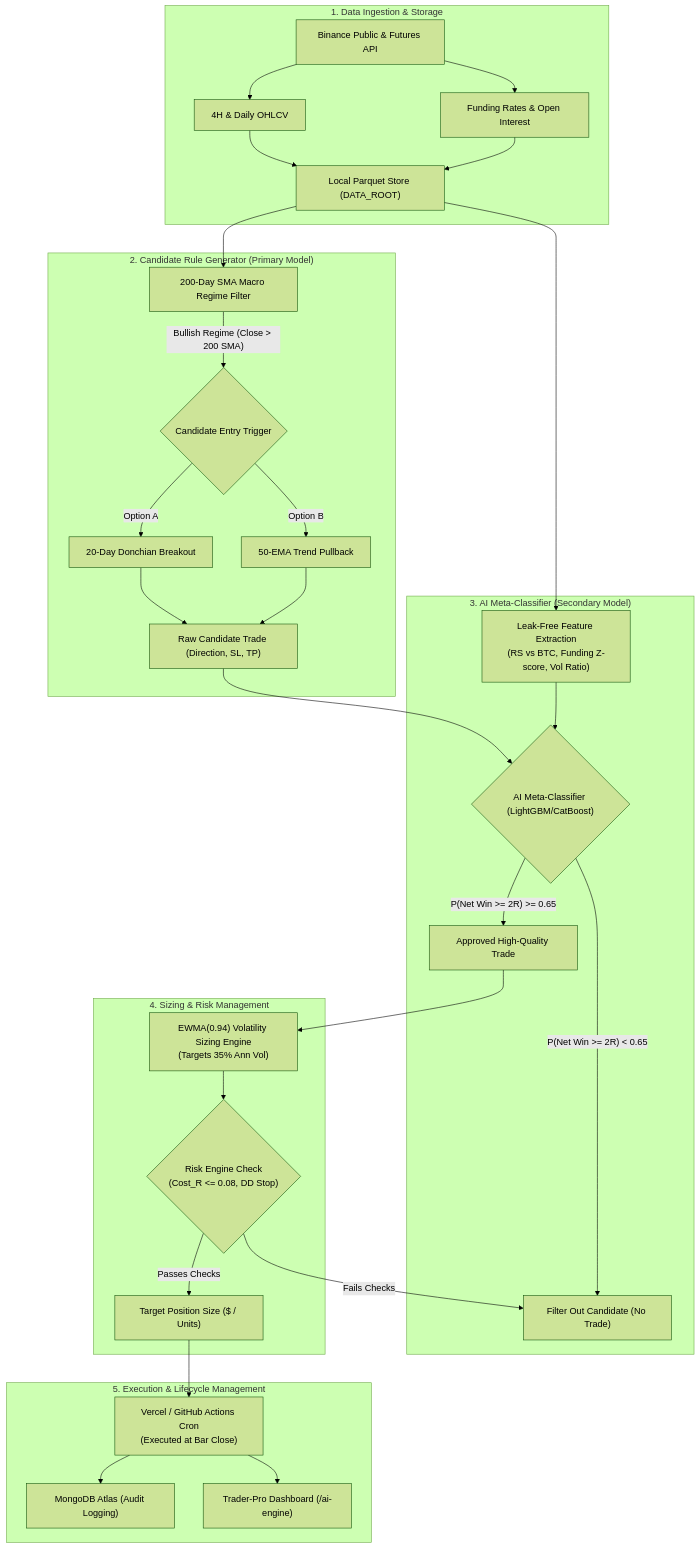
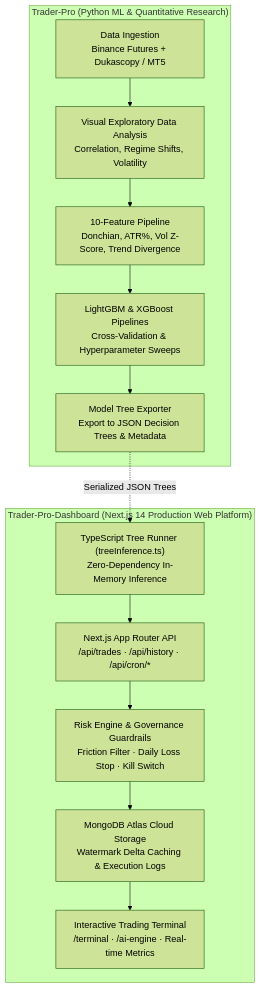
The first of 2 diagrams in docs/ARCHITECTURE.md (AnshulParate2004/Trader-Pro-Dashboard), drawn with Mermaid (forest theme) before and after one commit. The commit also changed other lines of this file and 52 other files, not shown here.

Commit message:
refactor: decouple dashboard from research, migrate notebooks and analysis to Trader-Pro, update docs

````diff
--- a/docs/ARCHITECTURE.md
+++ b/docs/ARCHITECTURE.md
@@ -22,44 +25,22 @@
 ```mermaid
 flowchart TD
-    subgraph DataIngestion ["1. Data Ingestion & Storage"]
-        Binance["Binance Public & Futures API"]
-        OHLCV["4H & Daily OHLCV"]
-        Derivatives["Funding Rates & Open Interest"]
-        LocalParquet["Local Parquet Store (DATA_ROOT)"]
-        Binance --> OHLCV
-        Binance --> Derivatives
-        OHLCV --> LocalParquet
-        Derivatives --> LocalParquet
+    subgraph ResearchRepo ["Trader-Pro (Python ML & Quantitative Research)"]
+        Ingest["Data Ingestion<br/>Binance Futures + Dukascopy / MT5"]
+        EDA["Visual Exploratory Data Analysis<br/>Correlation, Regime Shifts, Volatility"]
+        FeatEng["10-Feature Pipeline<br/>Donchian, ATR%, Vol Z-Score, Trend Divergence"]
+        TrainOpt["LightGBM & XGBoost Pipelines<br/>Cross-Validation & Hyperparameter Sweeps"]
+        TreeExport["Model Tree Exporter<br/>Export to JSON Decision Trees & Metadata"]
+        Ingest --> EDA --> FeatEng --> TrainOpt --> TreeExport
     end
 
-    subgraph SignalPipeline ["2. Candidate Rule Generator (Primary Model)"]
-        LocalParquet --> Regime["200-Day SMA Macro Regime Filter"]
-        Regime -->|"Bullish Regime (Close > 200 SMA)"| RuleGen{"Candidate Entry Trigger"}
-        RuleGen -->|"Option A"| Breakout["20-Day Donchian Breakout"]
-        RuleGen -->|"Option B"| Pullback["50-EMA Trend Pullback"]
-        Breakout --> Candidate["Raw Candidate Trade (Direction, SL, TP)"]
-        Pullback --> Candidate
+    subgraph DashboardRepo ["Trader-Pro-Dashboard (Next.js 14 Production Web Platform)"]
+        TreeEngine["TypeScript Tree Runner (treeInference.ts)<br/>Zero-Dependency In-Memory Inference"]
+        APIRoutes["Next.js App Router API<br/>/api/trades · /api/history · /api/cron/*"]
+        RiskEngine["Risk Engine & Governance Guardrails<br/>Friction Filter · Daily Loss Stop · Kill Switch"]
+        MongoAtlas["MongoDB Atlas Cloud Storage<br/>Watermark Delta Caching & Execution Logs"]
+        WebUI["Interactive Trading Terminal<br/>/terminal · /ai-engine · Real-time Metrics"]
+        TreeEngine --> APIRoutes --> RiskEngine --> MongoAtlas --> WebUI
     end
 
-    subgraph MetaLabeling ["3. AI Meta-Classifier (Secondary Model)"]
-        Features["Leak-Free Feature Extraction\n(RS vs BTC, Funding Z-score, Vol Ratio)"]
-        LocalParquet --> Features
-        Candidate --> MetaGate{"AI Meta-Classifier (LightGBM/CatBoost)"}
-        Features --> MetaGate
-        MetaGate -->|"P(Net Win >= 2R) < 0.65"| Discard["Filter Out Candidate (No Trade)"]
-        MetaGate -->|"P(Net Win >= 2R) >= 0.65"| Approved["Approved High-Quality Trade"]
-    end
-
-    subgraph SizingAndRisk ["4. Sizing & Risk Management"]
-        Approved --> VolTarget["EWMA(0.94) Volatility Sizing Engine\n(Targets 35% Ann Vol)"]
-        VolTarget --> RiskGate{"Risk Engine Check\n(Cost_R <= 0.08, DD Stop)"}
-        RiskGate -->|"Passes Checks"| TargetOrder["Target Position Size ($ / Units)"]
-        RiskGate -->|"Fails Checks"| Discard
-    end
-
-    subgraph Execution ["5. Execution & Lifecycle Management"]
-        TargetOrder --> CronJob["Vercel / GitHub Actions Cron\n(Executed at Bar Close)"]
-        CronJob --> MongoDB["MongoDB Atlas (Audit Logging)"]
-        CronJob --> UI["Trader-Pro Dashboard (/ai-engine)"]
-    end
+    TreeExport -.->|"Serialized JSON Trees"| TreeEngine
 ```
````
